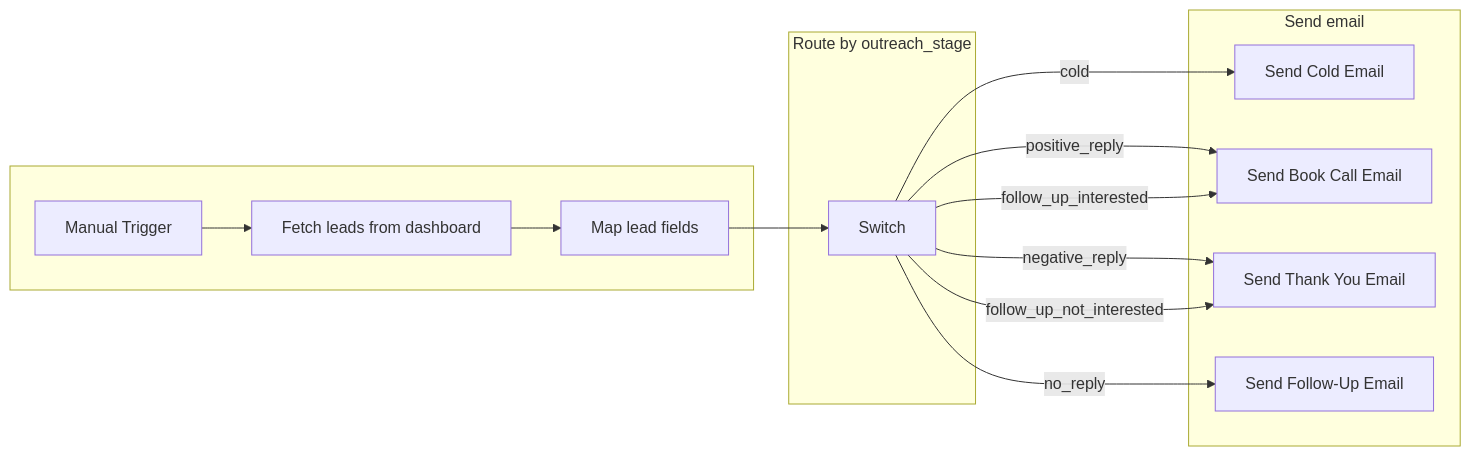
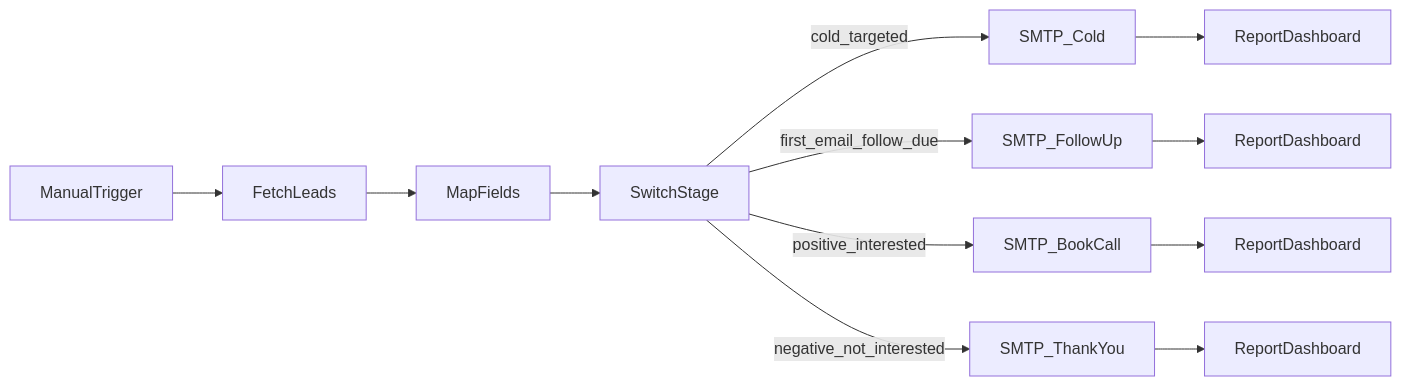
One commit to Naeem2111/DimensionGroupDashboard changed the diagram in n8n-workflow-diagram.md. Above: the diagram before and after it, drawn with Mermaid. The commit also changed other lines of this file and 22 other files, not shown here.

````diff
--- a/n8n-workflow-diagram.md
+++ b/n8n-workflow-diagram.md
@@ -9,27 +6,14 @@
 ```mermaid
 flowchart LR
-    subgraph input[" "]
-        A[Manual Trigger]
-        B[Fetch leads from dashboard]
-        C[Map lead fields]
-    end
-
-    subgraph route["Route by outreach_stage"]
-        S[Switch]
-    end
-
-    subgraph emails["Send email"]
-        E1[Send Cold Email]
-        E2[Send Book Call Email]
-        E3[Send Thank You Email]
-        E4[Send Follow-Up Email]
-    end
-
-    A --> B --> C --> S
-    S -->|cold| E1
-    S -->|positive_reply| E2
-    S -->|follow_up_interested| E2
-    S -->|negative_reply| E3
-    S -->|follow_up_not_interested| E3
-    S -->|no_reply| E4
+  A[ManualTrigger] --> B[FetchLeads]
+  B --> C[MapFields]
+  C --> S[SwitchStage]
+  S -->|cold_targeted| E1[SMTP_Cold]
+  S -->|first_email_follow_due| E4[SMTP_FollowUp]
+  S -->|positive_interested| E2[SMTP_BookCall]
+  S -->|negative_not_interested| E3[SMTP_ThankYou]
+  E1 --> R1[ReportDashboard]
+  E2 --> R2[ReportDashboard]
+  E3 --> R3[ReportDashboard]
+  E4 --> R4[ReportDashboard]
 ```
````
